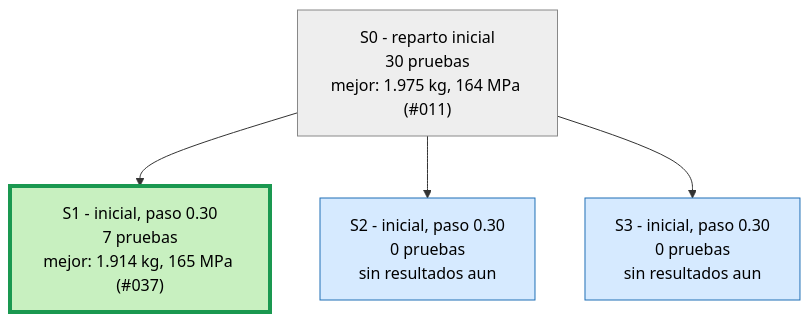
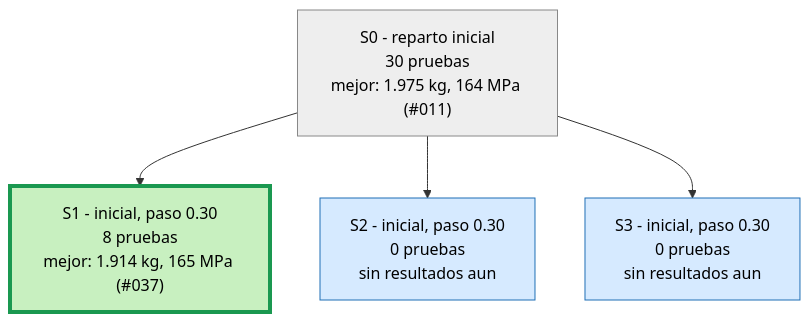
One commit to Hugiko/msd-soporte-optimizacion changed the first of 4 diagrams in runs/opt_37800N/ARBOL.md. Above: the diagram before and after it, drawn with Mermaid. The commit also changed 20 other files, not shown here.

````diff
--- a/runs/opt_37800N/ARBOL.md
+++ b/runs/opt_37800N/ARBOL.md
@@ -9,13 +9,13 @@
 ```mermaid
 graph TD
 classDef activa fill:#d6eaff,stroke:#1f6fb5,color:#000
 classDef fin fill:#eeeeee,stroke:#888,color:#000
 classDef mejor fill:#c8f0c0,stroke:#1a9850,stroke-width:4px,color:#000
 S0["S0 - reparto inicial<br/>30 pruebas<br/>mejor: 1.975 kg, 164 MPa (#011)"]:::fin
-S1["S1 - inicial, paso 0.30<br/>7 pruebas<br/>mejor: 1.914 kg, 165 MPa (#037)"]:::mejor
+S1["S1 - inicial, paso 0.30<br/>8 pruebas<br/>mejor: 1.914 kg, 165 MPa (#037)"]:::mejor
 S0 --> S1
 S2["S2 - inicial, paso 0.30<br/>0 pruebas<br/>sin resultados aun"]:::activa
 S0 --> S2
 S3["S3 - inicial, paso 0.30<br/>0 pruebas<br/>sin resultados aun"]:::activa
 S0 --> S3
 ```
````
